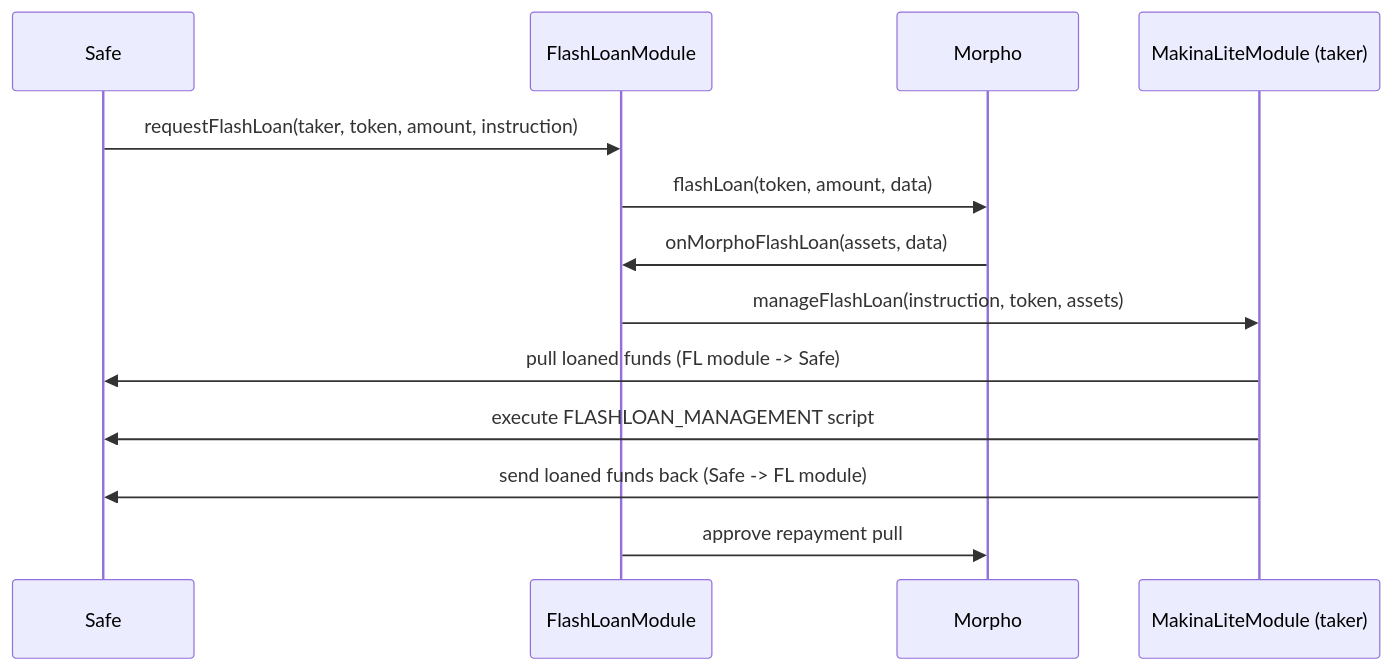
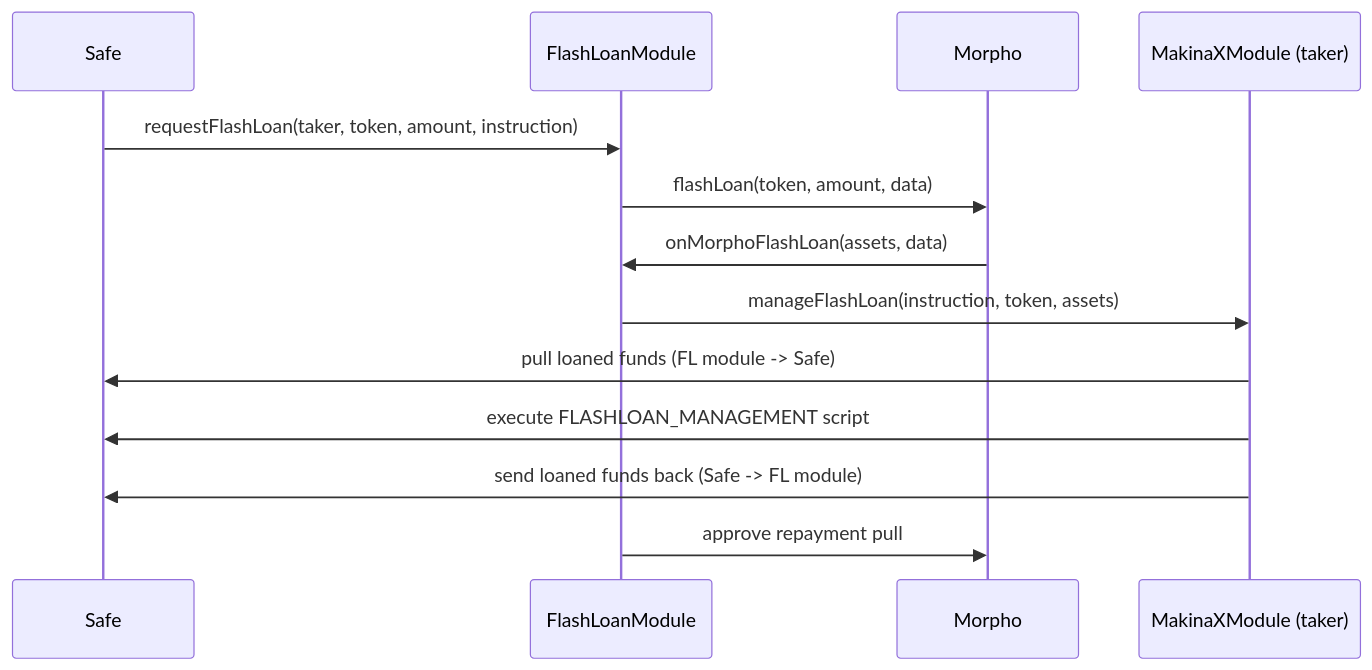
The second of 3 diagrams in src/pages/concepts/architecture/position-management.md (MakinaHQ/x-docs), drawn with Mermaid before and after one commit. The commit also changed other lines of this file and 57 other files, not shown here.

````diff
--- a/src/pages/concepts/architecture/position-management.md
+++ b/src/pages/concepts/architecture/position-management.md
@@ -98,15 +98,15 @@
 ```mermaid
 sequenceDiagram
     participant Safe
     participant FL as FlashLoanModule
     participant Morpho
-    participant Module as MakinaLiteModule (taker)
+    participant Module as MakinaXModule (taker)
     Safe->>FL: requestFlashLoan(taker, token, amount, instruction)
     FL->>Morpho: flashLoan(token, amount, data)
     Morpho->>FL: onMorphoFlashLoan(assets, data)
     FL->>Module: manageFlashLoan(instruction, token, assets)
     Module->>Safe: pull loaned funds (FL module -> Safe)
     Module->>Safe: execute FLASHLOAN_MANAGEMENT script
     Module->>Safe: send loaned funds back (Safe -> FL module)
     FL->>Morpho: approve repayment pull
 ```
````
